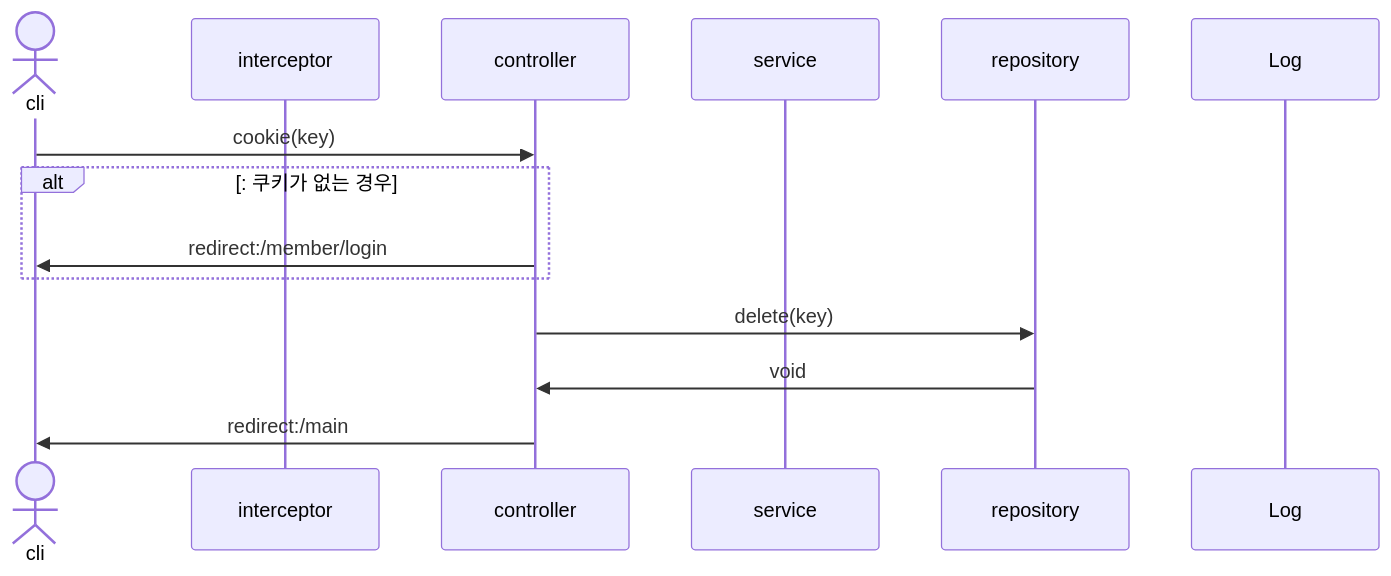
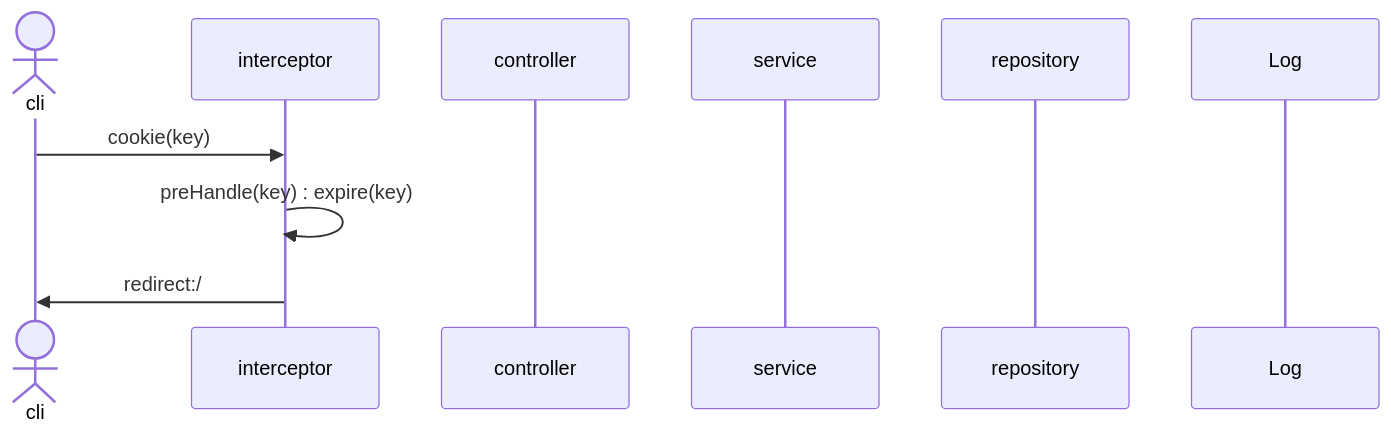
One commit to mtak0235/snsX changed diagram 12 of 30 in sequence.md. Above: the diagram before and after it, drawn with Mermaid. The commit also changed other lines of this file, not shown here.

````diff
--- a/sequence.md
+++ b/sequence.md
@@ -299,17 +302,13 @@
 ```mermaid
 sequenceDiagram
 actor cli
 participant i as interceptor
 participant c as controller
 participant s as service
 participant r as repository
 participant l as Log
 
-cli->>c: cookie(key)
-alt: 쿠키가 없는 경우
-c->>cli: redirect:/member/login
-end
-c->>r: delete(key)
-r->>c: void
-c->>cli: redirect:/main
+cli->>i: cookie(key)
+i->>i: preHandle(key) : expire(key)
+i->>cli: redirect:/
 ```
````
